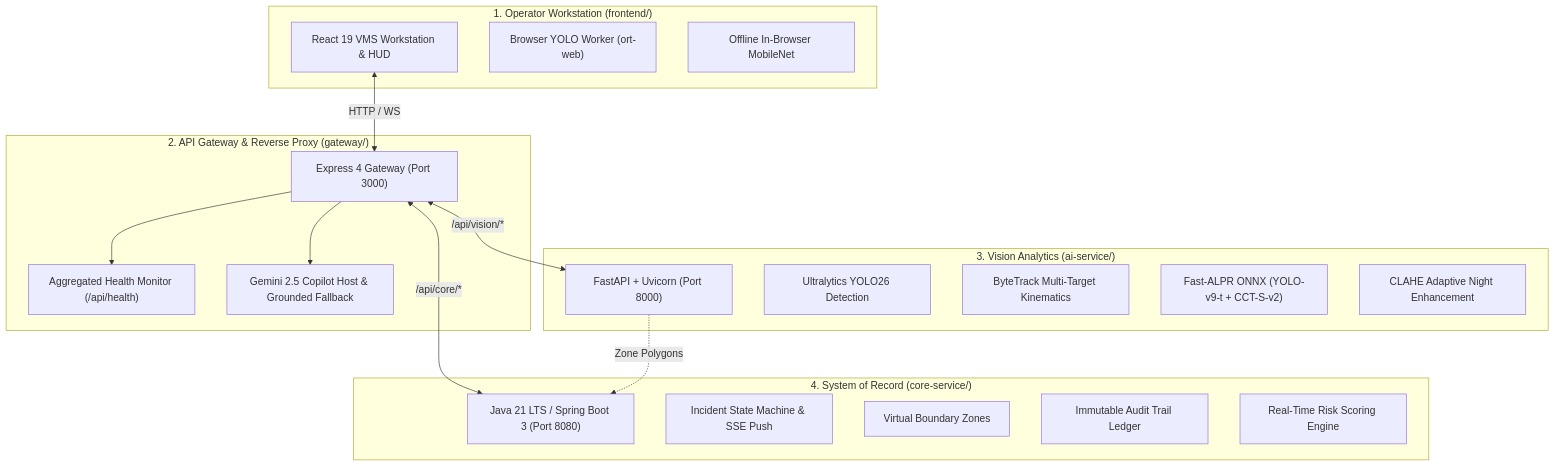
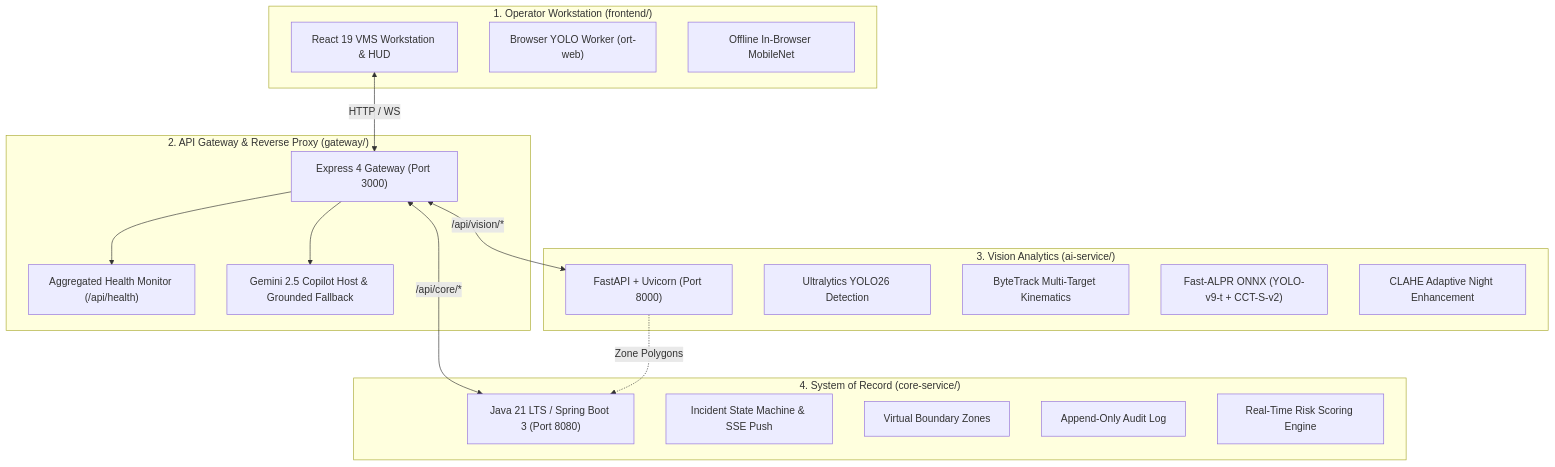
One commit to saicharanpatnala5-debug/ibvap-final changed the diagram in docs/ONE_PAGER.md. Above: the diagram before and after it, drawn with Mermaid. The commit also changed other lines of this file and 34 other files, not shown here.

````diff
--- a/docs/ONE_PAGER.md
+++ b/docs/ONE_PAGER.md
@@ -25,37 +25,37 @@
 ```mermaid
 flowchart TD
     subgraph Client["1. Operator Workstation (frontend/)"]
         UI["React 19 VMS Workstation & HUD"]
         Worker["Browser YOLO Worker (ort-web)"]
         CocoFallback["Offline In-Browser MobileNet"]
     end
 
     subgraph GatewayLayer["2. API Gateway & Reverse Proxy (gateway/)"]
         GW["Express 4 Gateway (Port 3000)"]
         AggHealth["Aggregated Health Monitor (/api/health)"]
         GeminiHost["Gemini 2.5 Copilot Host & Grounded Fallback"]
     end
 
     subgraph VisionService["3. Vision Analytics (ai-service/)"]
         FastAPI["FastAPI + Uvicorn (Port 8000)"]
         YOLO["Ultralytics YOLO26 Detection"]
         ByteTrack["ByteTrack Multi-Target Kinematics"]
         FastALPR["Fast-ALPR ONNX (YOLO-v9-t + CCT-S-v2)"]
         LowLight["CLAHE Adaptive Night Enhancement"]
     end
 
     subgraph CoreService["4. System of Record (core-service/)"]
         SpringBoot["Java 21 LTS / Spring Boot 3 (Port 8080)"]
         AlertEngine["Incident State Machine & SSE Push"]
         ZoneRepo["Virtual Boundary Zones"]
-        AuditLedger["Immutable Audit Trail Ledger"]
+        AuditLedger["Append-Only Audit Log"]
         RiskScore["Real-Time Risk Scoring Engine"]
     end
 
     UI <-->|HTTP / WS| GW
     GW --> AggHealth
     GW --> GeminiHost
     GW <-->|/api/vision/*| FastAPI
     GW <-->|/api/core/*| SpringBoot
     FastAPI -.->|Zone Polygons| SpringBoot
 ```
````
